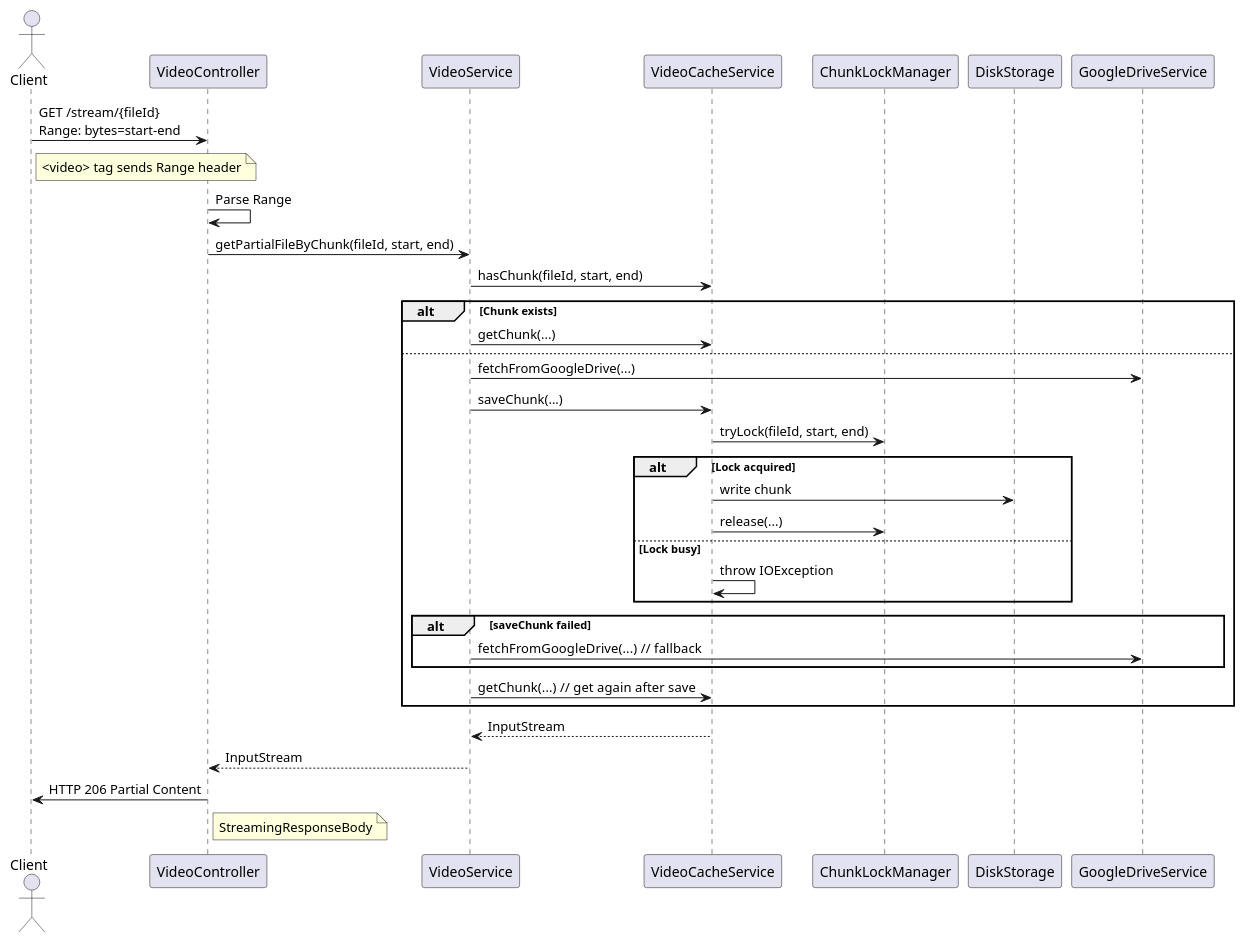
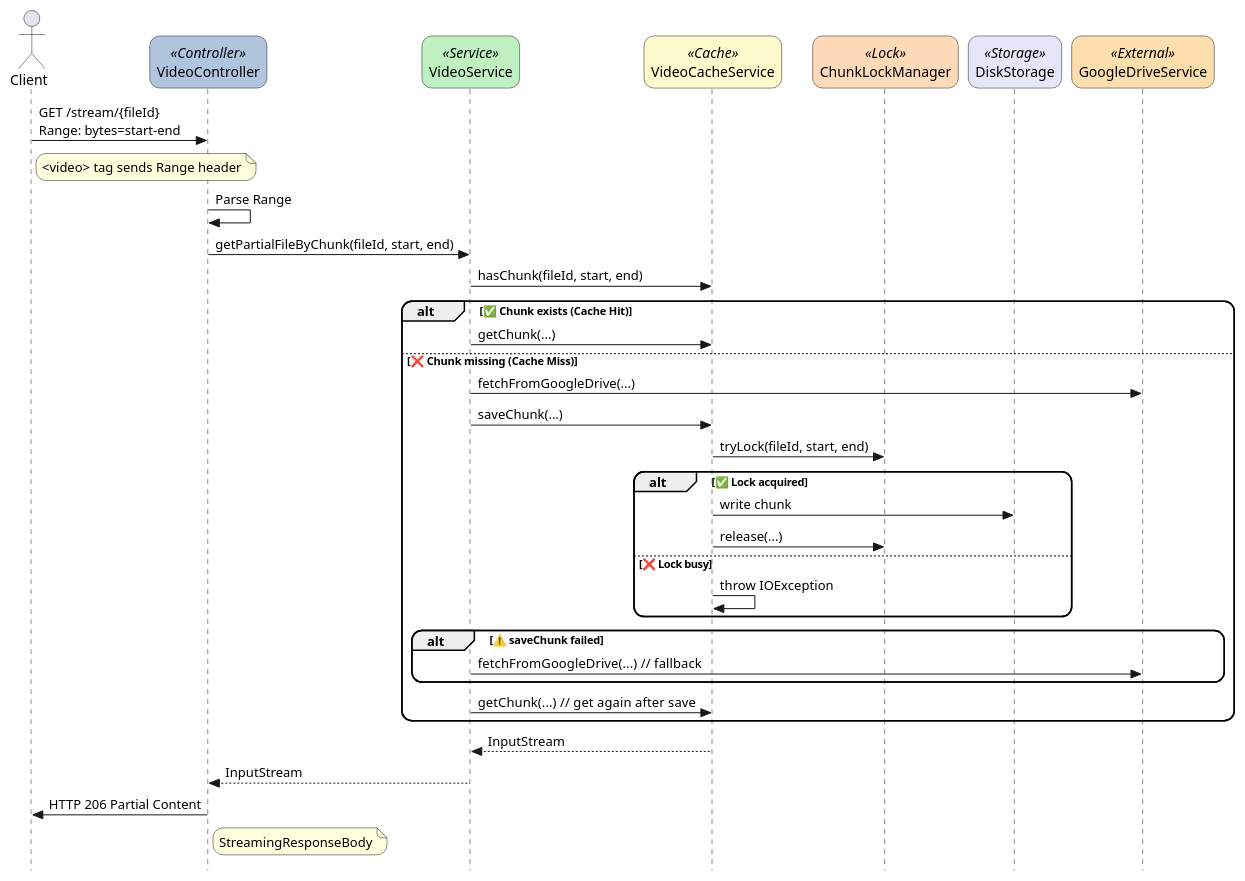
The diagram in doc/stream_flow.puml (nguyenhuuca/assessment), drawn with PlantUML before and after one commit. The commit also changed 1 other file, not shown here.

```diff
--- a/doc/stream_flow.puml
+++ b/doc/stream_flow.puml
@@ -1,43 +1,58 @@
 @startuml
+skinparam monochrome false
+skinparam shadowing true
+skinparam roundcorner 20
+skinparam style strictuml
+
+' Define colors for participants
+skinparam Participant {
+    BackgroundColor<<Controller>> #B0C4DE
+    BackgroundColor<<Service>> #C0F0C0
+    BackgroundColor<<Cache>> #FFFACD
+    BackgroundColor<<Lock>> #FFDAB9
+    BackgroundColor<<Storage>> #E6E6FA
+    BackgroundColor<<External>> #FFDEAD
+}
+
 actor Client
-participant "VideoController" as Controller
-participant "VideoService" as Service
-participant "VideoCacheService" as Cache
-participant "ChunkLockManager" as LockManager
-participant "DiskStorage"
-participant "GoogleDriveService" as GoogleDrive
+participant "VideoController" as Controller <<Controller>>
+participant "VideoService" as Service <<Service>>
+participant "VideoCacheService" as Cache <<Cache>>
+participant "ChunkLockManager" as LockManager <<Lock>>
+participant "DiskStorage" <<Storage>>
+participant "GoogleDriveService" as GoogleDrive <<External>>
 
 Client -> Controller : GET /stream/{fileId}\nRange: bytes=start-end
 note right of Client : <video> tag sends Range header
 
 Controller -> Controller : Parse Range
 Controller -> Service : getPartialFileByChunk(fileId, start, end)
 
 Service -> Cache : hasChunk(fileId, start, end)
-alt Chunk exists
+alt ✅ Chunk exists (Cache Hit)
     Service -> Cache : getChunk(...)
-else
+else ❌ Chunk missing (Cache Miss)
     Service -> GoogleDrive : fetchFromGoogleDrive(...)
     Service -> Cache : saveChunk(...)
 
     Cache -> LockManager : tryLock(fileId, start, end)
-    alt Lock acquired
+    alt ✅ Lock acquired
         Cache -> DiskStorage : write chunk
         Cache -> LockManager : release(...)
-    else Lock busy
+    else ❌ Lock busy
         Cache -> Cache : throw IOException
     end
 
-    alt saveChunk failed
+    alt ⚠️ saveChunk failed
         Service -> GoogleDrive : fetchFromGoogleDrive(...)  // fallback
     end
 
     Service -> Cache : getChunk(...)  // get again after save
 end
 
 Cache --> Service : InputStream
 Service --> Controller : InputStream
 Controller -> Client : HTTP 206 Partial Content
 note right of Controller : StreamingResponseBody
 
 @enduml
```
